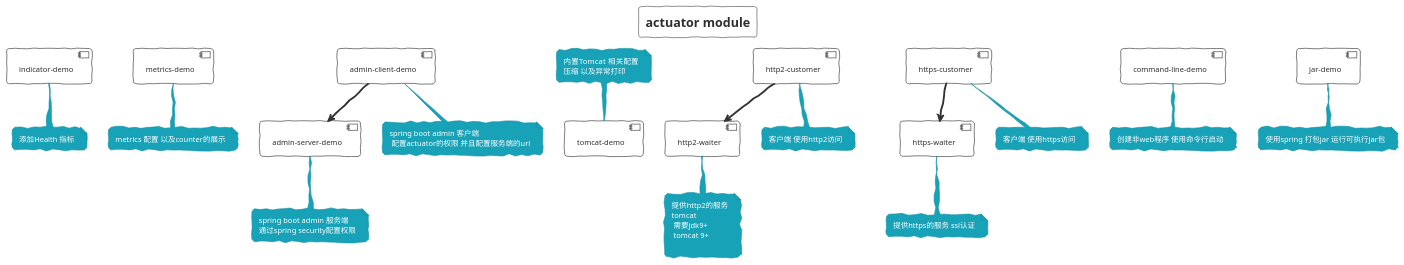
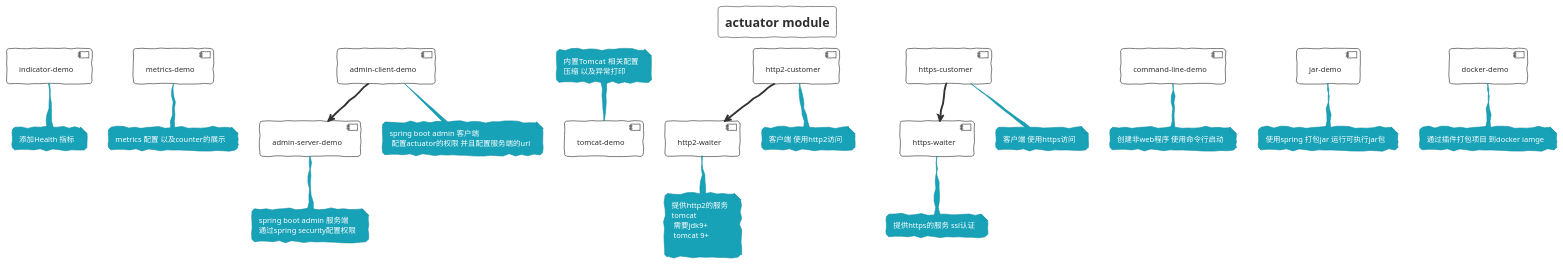
Before and after one commit to FantasybabyChange/springStudyProject: the diagram in spring-boot-actuator/Module.puml, drawn with PlantUML. The commit also changed 26 other files, not shown here.

Commit message:
add docker demo

```diff
--- a/spring-boot-actuator/Module.puml
+++ b/spring-boot-actuator/Module.puml
@@ -1,67 +1,72 @@
 @startuml ACTUATOR_MODULE
 !theme sketchy-outline
 title actuator module
 [indicator-demo] as id
 [metrics-demo] as md
 [admin-server-demo] as asd
 [admin-client-demo] as acd
 [tomcat-demo] as td
 
 [http2-customer] as hhc
 [http2-waiter] as hhw
 
 [https-customer] as hhcs
 [https-waiter] as hhws
 [command-line-demo] as cld
 [jar-demo] as jdd
 
+[docker-demo] as dd
 note bottom of id
     添加Health 指标
 end note
 
 note bottom of md
   metrics 配置 以及counter的展示
 end note
 note bottom of asd
  spring boot admin 服务端
  通过spring security配置权限
 end note
 note bottom of acd
 spring boot admin 客户端
  配置actuator的权限 并且配置服务端的url
 end note
 acd -->asd
 note top of td
 内置Tomcat  相关配置
 压缩 以及异常打印
 end note
 
 note bottom of hhc
 客户端 使用http2访问
 end note
 
 note bottom of hhw
 提供http2的服务
 tomcat
  需要jdk9+  
  tomcat 9+
 
 end note
 hhc-->hhw
 
 note bottom of hhcs
 客户端 使用https访问
 end note
 
 note bottom of hhws
 提供https的服务 ssl认证
 end note
 hhcs-->hhws
 note bottom of cld
 创建非web程序 使用命令行启动
 end note
 note bottom of jdd
 使用spring 打包jar 运行可执行jar包
 end note
 
+note bottom of dd
+通过插件打包项目 到docker iamge
+end note
+
 @enduml
```
